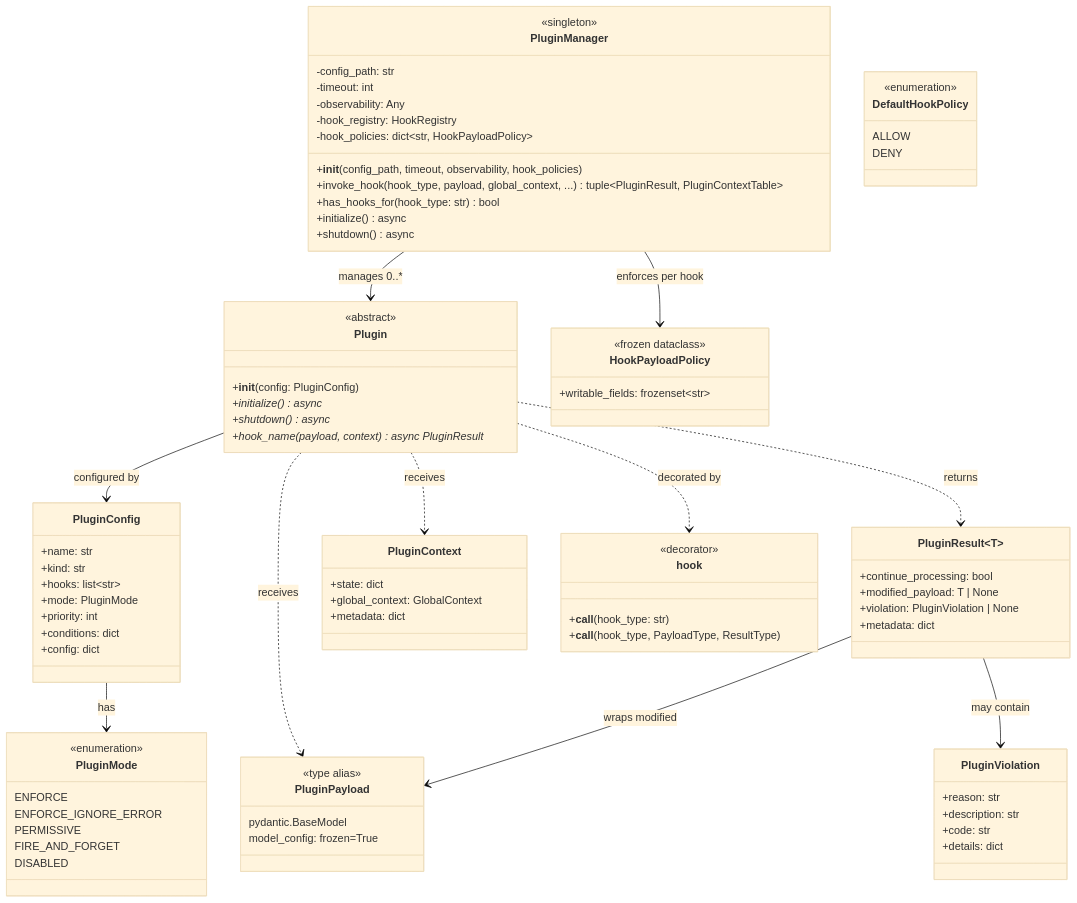
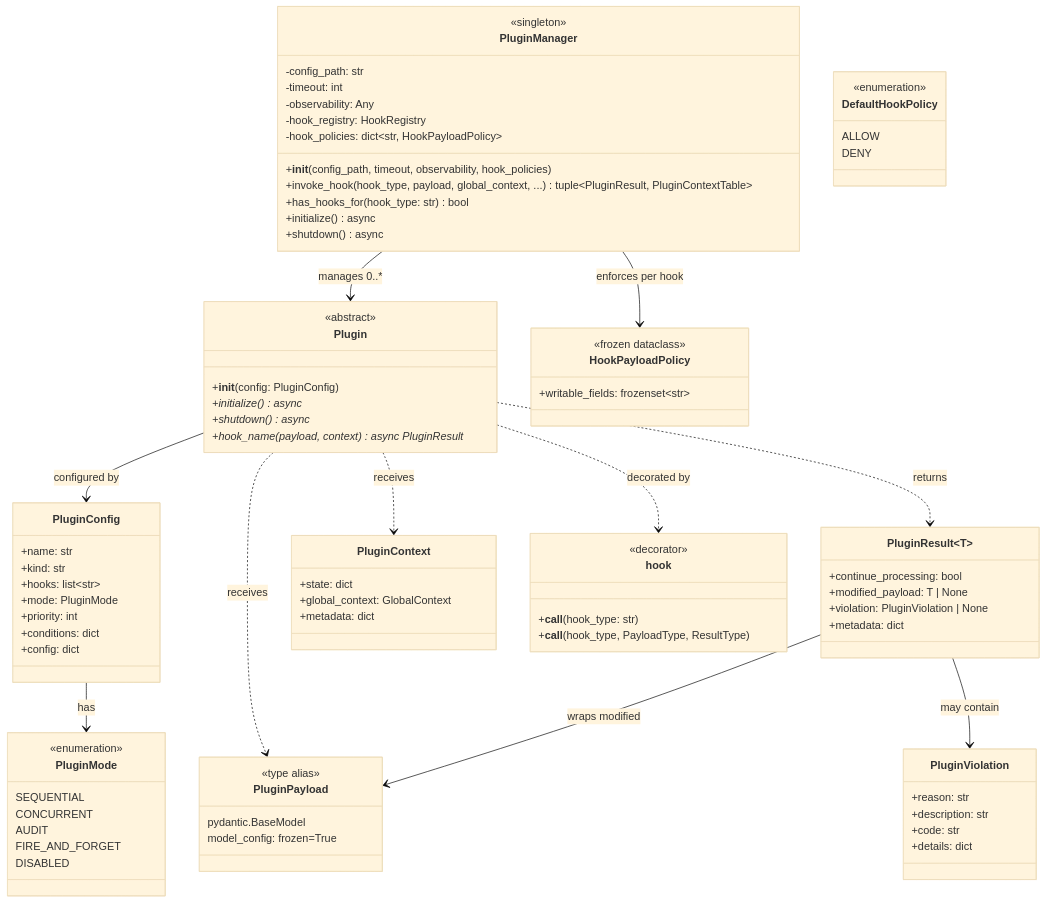
Before and after one commit to araujof/mellea: the diagram in docs/dev/hook_system_implementation_plan.md, drawn with Mermaid (base theme). The commit also changed other lines of this file and 17 other files, not shown here.

```diff
--- a/docs/dev/hook_system_implementation_plan.md
+++ b/docs/dev/hook_system_implementation_plan.md
@@ -95,9 +92,9 @@
 
       class PluginMode {
           <<enumeration>>
-          ENFORCE
-          ENFORCE_IGNORE_ERROR
-          PERMISSIVE
+          SEQUENTIAL
+          CONCURRENT
+          AUDIT
           FIRE_AND_FORGET
           DISABLED
       }
```
